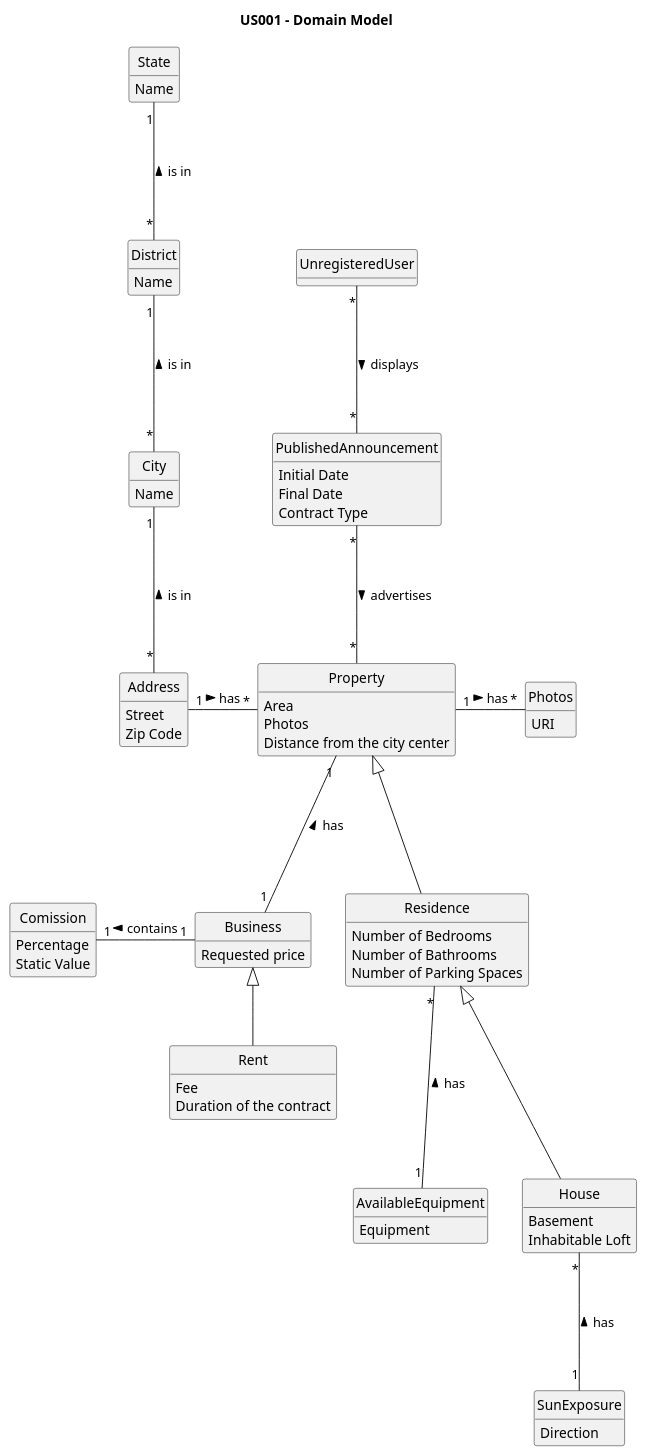
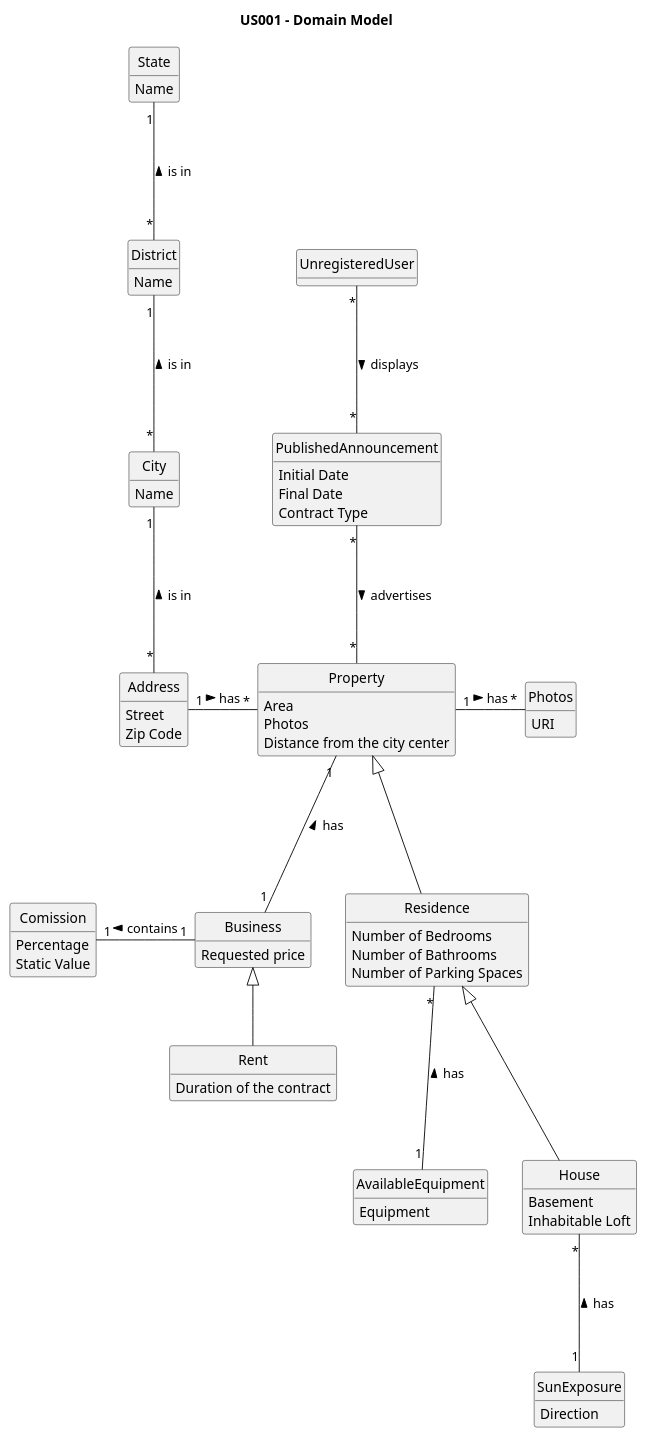
One commit to PureNimble/ISEP-LAPR2 changed the diagram in docs/sprintB/US01/02.analysis/puml/us01-domain-model.puml. Above: the diagram before and after it, drawn with PlantUML. The commit also changed 1 other file, not shown here.

Commit message:
Update US01 Class Diagram & Domain Model

```diff
--- a/docs/sprintB/US01/02.analysis/puml/us01-domain-model.puml
+++ b/docs/sprintB/US01/02.analysis/puml/us01-domain-model.puml
@@ -1,114 +1,113 @@
 @startuml
 
 title US001 - Domain Model
 
 skinparam groupInheritance 2
 skinparam monochrome true
 skinparam linetype polyline
 hide methods
 hide circle
 
 
 class Address {
 Street
 Zip Code
 }
 
 class AvailableEquipment {
 Equipment
 }
 
 
 class Business {
 Requested price
 }
 
 
 class City {
 Name
 }
 
 class Comission {
 Percentage
 Static Value
 }
 
 
 class District {
 Name
 }
 
 
 class House {
 Basement
 Inhabitable Loft
 }
 
 
 class Photos {
 URI
 }
 
 class Property {
 Area
 Photos
 Distance from the city center
 }
 
 class PublishedAnnouncement {
 Initial Date
 Final Date
 Contract Type
 }
 
 
 class Rent {
-Fee
 Duration of the contract
 }
 
 
 class Residence {
 Number of Bedrooms
 Number of Bathrooms
 Number of Parking Spaces
 }
 
 
 class State {
 Name
 }
 
 class SunExposure {
 Direction
 }
 
 
 class UnregisteredUser {
 }
 
 
 
 Business <|-- Rent
 
 City "1" --- "*" Address : is in <
 Comission "1" -right- "1" Business : contains <
 
 District "1" --- "*" City : is in <
 
 House "*" --- "1" SunExposure : has <
 
 Property <|--- Residence
 Property "*" -left- "1" Address : has <
 Property "1" --- "1" Business : has <
 Property "1" -right- "*" Photos : has >
 PublishedAnnouncement "*" --- "*" Property: advertises >
 
 Residence "*" --- "1" AvailableEquipment : has <
 Residence <|--- House
 
 State "1" --- "*" District : is in <
 
 UnregisteredUser "*" --- "*" PublishedAnnouncement: displays >
 
 @enduml
```
